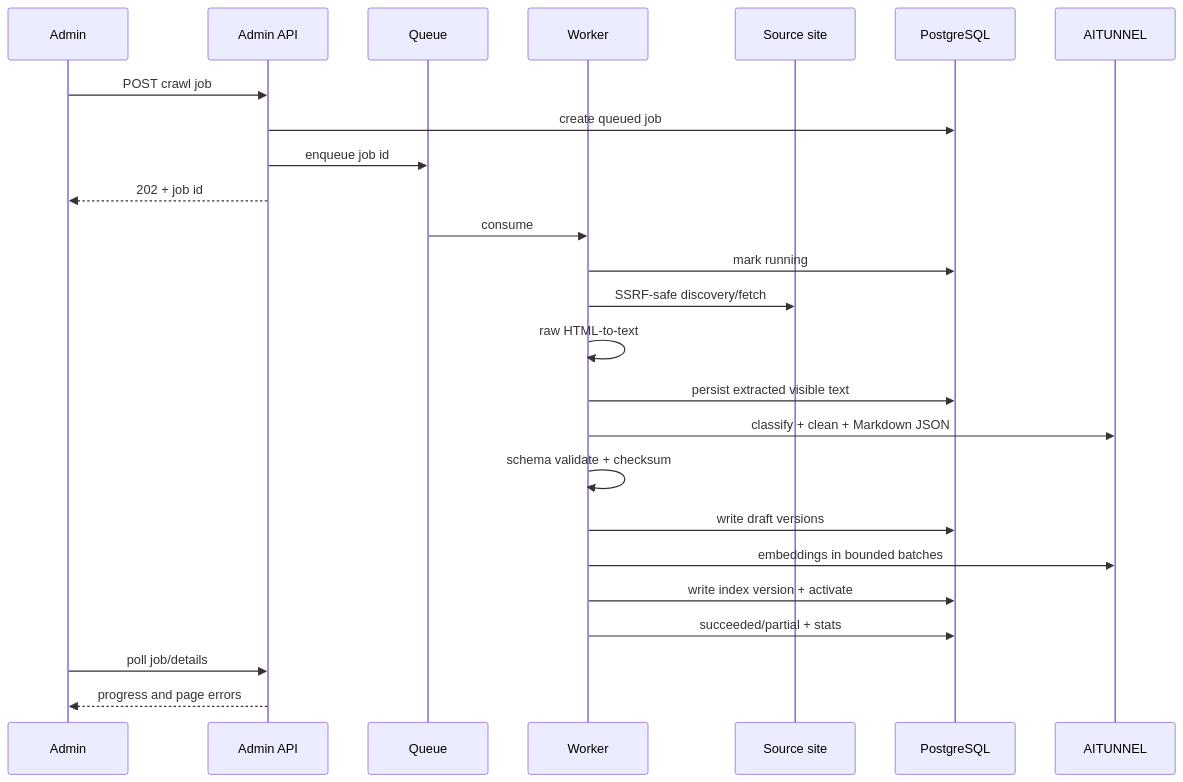
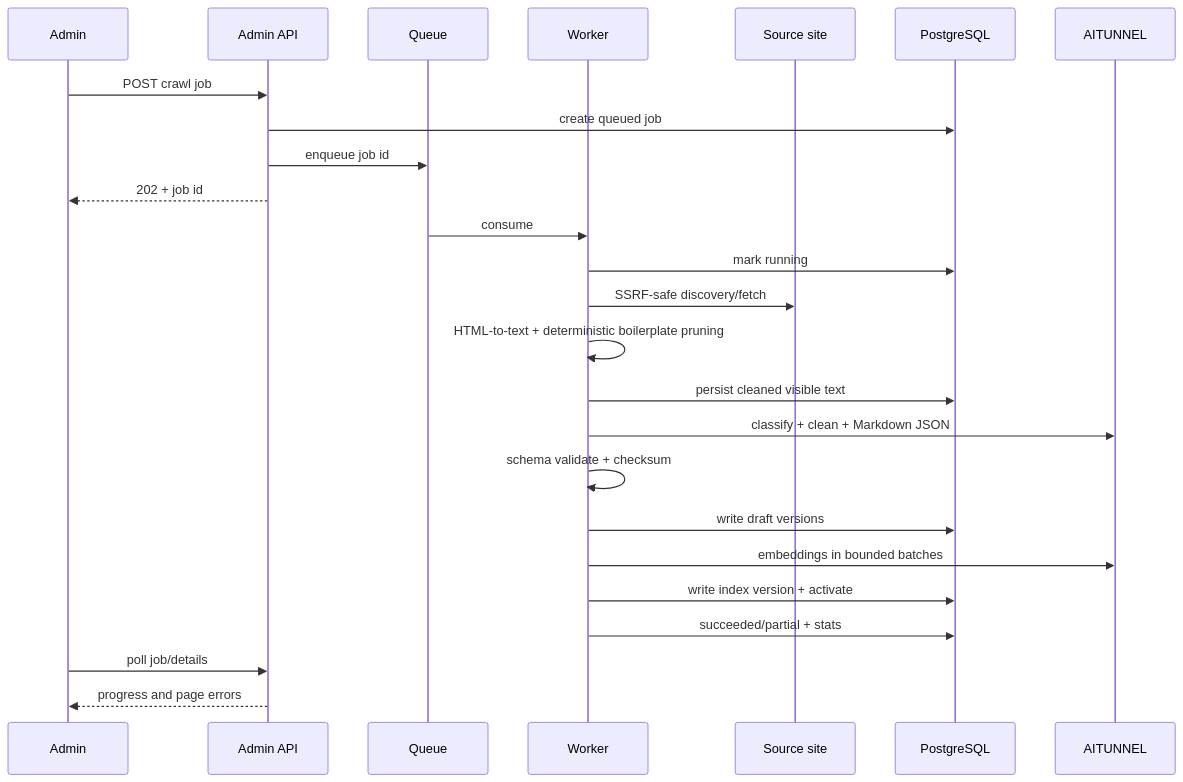
Before and after one commit to YuriyBevov/AI-design-systems: the third of 4 diagrams in ai-assist/architecture.md, drawn with Mermaid. The commit also changed other lines of this file and 101 other files, not shown here.

````diff
--- a/ai-assist/architecture.md
+++ b/ai-assist/architecture.md
@@ -141,28 +148,28 @@
 ```mermaid
 sequenceDiagram
     participant A as Admin
     participant API as Admin API
     participant Q as Queue
     participant W as Worker
     participant S as Source site
     participant P as PostgreSQL
     participant AI as AITUNNEL
 
     A->>API: POST crawl job
     API->>P: create queued job
     API->>Q: enqueue job id
     API-->>A: 202 + job id
     Q->>W: consume
     W->>P: mark running
     W->>S: SSRF-safe discovery/fetch
-    W->>W: raw HTML-to-text
-    W->>P: persist extracted visible text
+    W->>W: HTML-to-text + deterministic boilerplate pruning
+    W->>P: persist cleaned visible text
     W->>AI: classify + clean + Markdown JSON
     W->>W: schema validate + checksum
     W->>P: write draft versions
     W->>AI: embeddings in bounded batches
     W->>P: write index version + activate
     W->>P: succeeded/partial + stats
     A->>API: poll job/details
     API-->>A: progress and page errors
 ```
````
